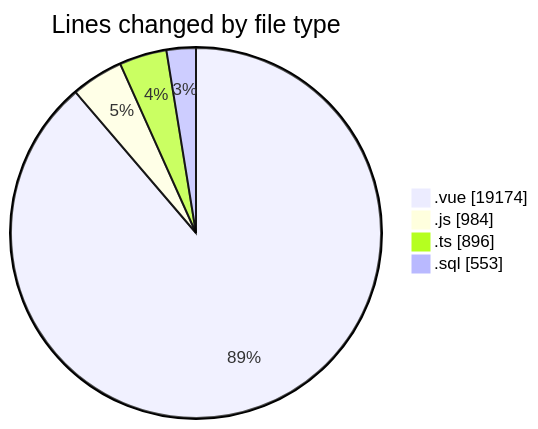
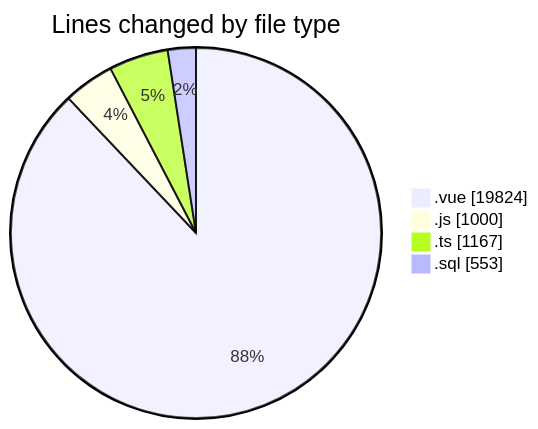
One commit to lephambinh05/code-tracking changed the first of 2 diagrams in 2025-08-13/rentotp/README.md. Above: the diagram before and after it, drawn with Mermaid. The commit also changed other lines of this file and 1 other file, not shown here.

````diff
--- a/2025-08-13/rentotp/README.md
+++ b/2025-08-13/rentotp/README.md
@@ -42,8 +46,8 @@
 ```mermaid
 pie showData
 title Lines changed by file type
-".vue" : 19174
-".js" : 984
-".ts" : 896
+".vue" : 19824
+".js" : 1000
+".ts" : 1167
 ".sql" : 553
 ```
````
